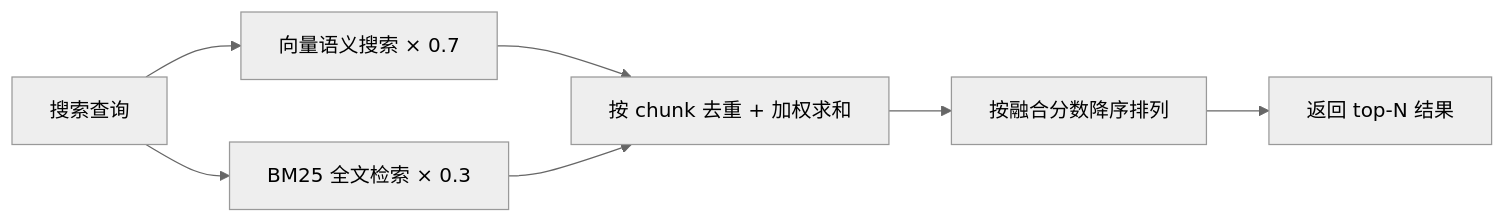
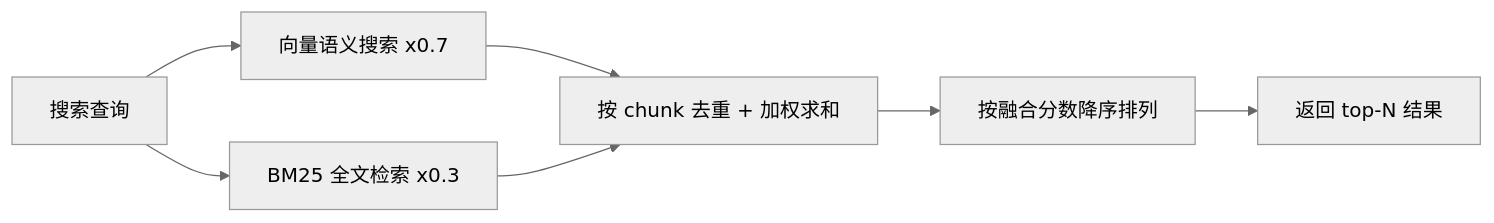
One commit to devjotaduo/orbe changed the second of 2 diagrams in website/public/docs/memory.zh.md. Above: the diagram before and after it, drawn with Mermaid (neutral theme). The commit also changed other lines of this file and 68 other files, not shown here.

````diff
--- a/website/public/docs/memory.zh.md
+++ b/website/public/docs/memory.zh.md
@@ -227,9 +240,9 @@
 ```mermaid
 graph LR
-    Query[搜索查询] --> Vector[向量语义搜索 × 0.7]
-Query --> BM25[BM25 全文检索 × 0.3]
-Vector --> Merge[按 chunk 去重 + 加权求和]
-BM25 --> Merge
-Merge --> Sort[按融合分数降序排列]
-Sort --> Results[返回 top-N 结果]
+    Query[搜索查询] --> Vector[向量语义搜索 x0.7]
+    Query --> BM25[BM25 全文检索 x0.3]
+    Vector --> Merge[按 chunk 去重 + 加权求和]
+    BM25 --> Merge
+    Merge --> Sort[按融合分数降序排列]
+    Sort --> Results[返回 top-N 结果]
 ```
````
